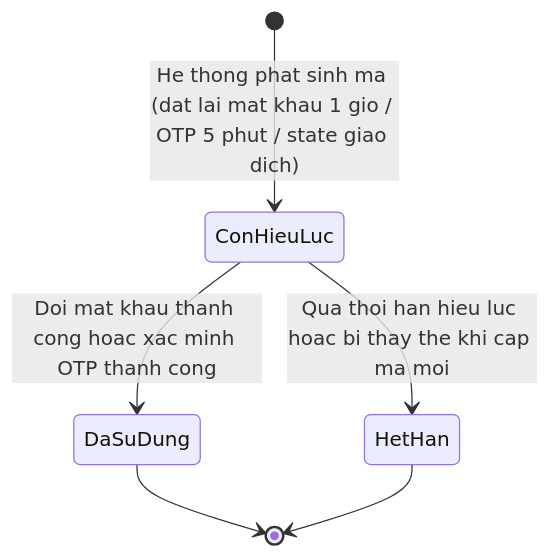
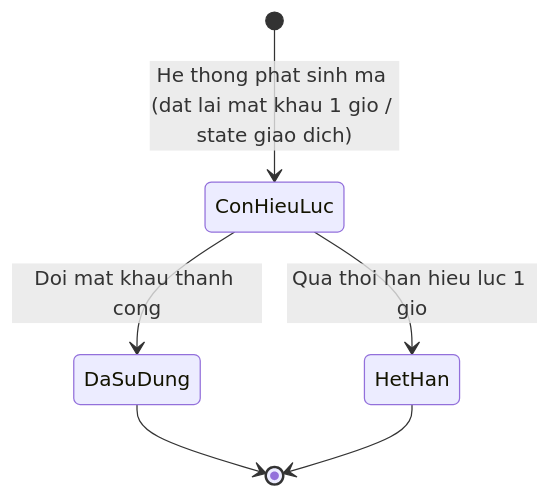
The second of 3 diagrams in docs/auth-signin/srs/auth-signin-states.md (vinh19410/teacher-os), drawn with Mermaid before and after one commit. The commit also changed other lines of this file and 30 other files, not shown here.

````diff
--- a/docs/auth-signin/srs/auth-signin-states.md
+++ b/docs/auth-signin/srs/auth-signin-states.md
@@ -41,8 +41,8 @@
 ```mermaid
 stateDiagram-v2
-    [*] --> ConHieuLuc : He thong phat sinh ma (dat lai mat khau 1 gio / OTP 5 phut / state giao dich)
-    ConHieuLuc --> DaSuDung : Doi mat khau thanh cong hoac xac minh OTP thanh cong
-    ConHieuLuc --> HetHan : Qua thoi han hieu luc hoac bi thay the khi cap ma moi
+    [*] --> ConHieuLuc : He thong phat sinh ma (dat lai mat khau 1 gio / state giao dich)
+    ConHieuLuc --> DaSuDung : Doi mat khau thanh cong
+    ConHieuLuc --> HetHan : Qua thoi han hieu luc 1 gio
     DaSuDung --> [*]
     HetHan --> [*]
 ```
````
